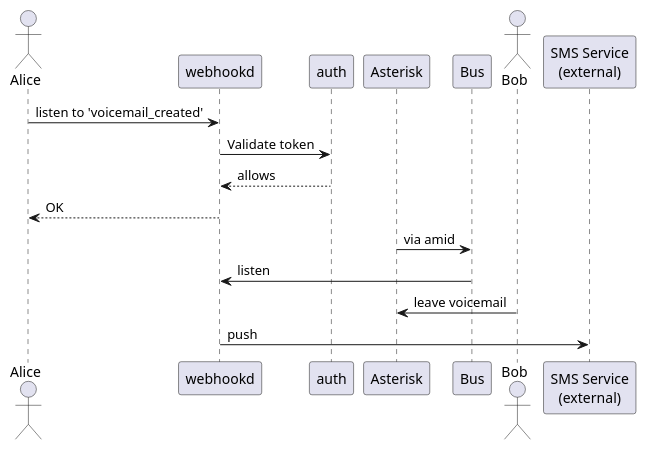
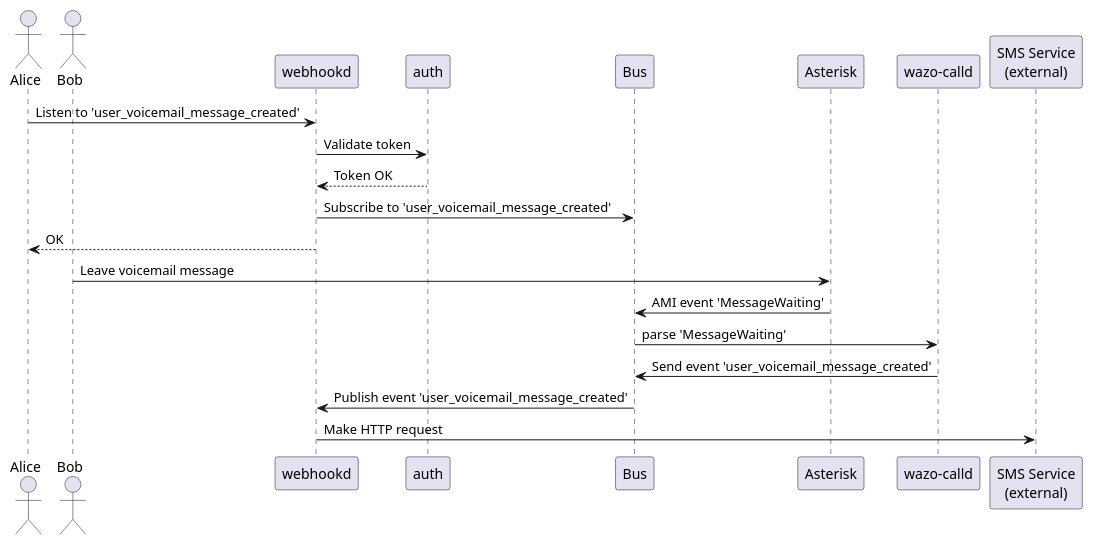
One commit to wazo-platform/wazo-platform.org changed the diagram in content/webhookd/sequence-diagram.puml. Above: the diagram before and after it, drawn with PlantUML.

Commit message:
webhookd: update sequence diagram
Why:

* Diagram was incomplete and wrong

```diff
--- a/content/webhookd/sequence-diagram.puml
+++ b/content/webhookd/sequence-diagram.puml
@@ -1,16 +1,19 @@
 @startuml
 
 actor Alice
+actor Bob
 
-Alice -> webhookd: listen to 'voicemail_created'
+Alice -> webhookd: Listen to 'user_voicemail_message_created'
 webhookd -> auth: Validate token
-auth --> webhookd: allows
+auth --> webhookd: Token OK
+webhookd -> Bus: Subscribe to 'user_voicemail_message_created'
 webhookd --> Alice: OK
 
-Asterisk -> Bus: via amid
-Bus -> webhookd: listen
-actor Bob
-Bob -> Asterisk: leave voicemail
-webhookd -> "SMS Service\n(external)": push 
+Bob -> Asterisk: Leave voicemail message
+Asterisk -> Bus: AMI event 'MessageWaiting'
+Bus -> "wazo-calld": parse 'MessageWaiting'
+"wazo-calld" -> Bus: Send event 'user_voicemail_message_created'
+Bus -> webhookd: Publish event 'user_voicemail_message_created'
+webhookd -> "SMS Service\n(external)": Make HTTP request
 
 @enduml
```
